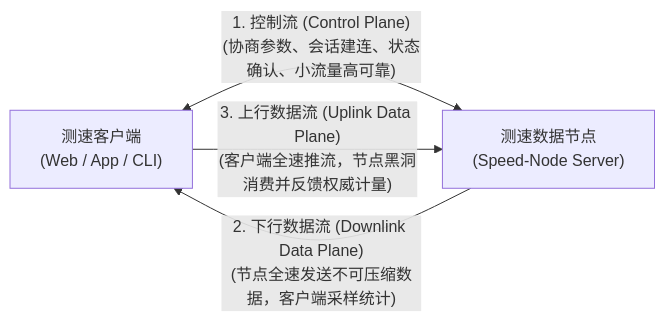
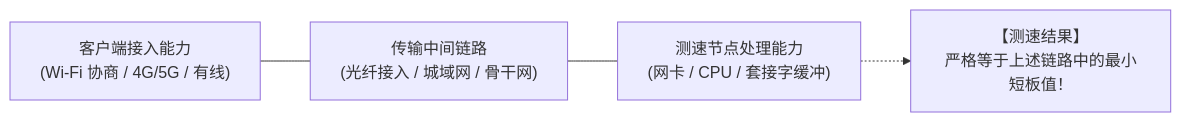
The second of 8 diagrams in content/posts/speedtest-go-deep-dive-whitepaper.md (MoreConsequence/MoreConsequence.github.io), drawn with Mermaid before and after one commit. The commit also changed other lines of this file, not shown here.

````diff
--- a/content/posts/speedtest-go-deep-dive-whitepaper.md
+++ b/content/posts/speedtest-go-deep-dive-whitepaper.md
@@ -34,7 +76,7 @@
 ```mermaid
 flowchart LR
-    Client["测速客户端<br/>(Web / App / CLI)"] <-->|"1. 控制流 (Control Plane)<br/>(协商参数、会话建连、状态确认、小流量高可靠)"| Node["测速数据节点<br/>(Speed-Node Server)"]
+    Client["客户端接入能力<br/>(Wi-Fi 协商 / 4G/5G / 有线)"] --- Path["传输中间链路<br/>(光纤接入 / 城域网 / 骨干网)"]
+    Path --- Node["测速节点处理能力<br/>(网卡 / CPU / 套接字缓冲)"]
     
-    Node -->|"2. 下行数据流 (Downlink Data Plane)<br/>(节点全速发送不可压缩数据，客户端采样统计)"| Client
-    Client -->|"3. 上行数据流 (Uplink Data Plane)<br/>(客户端全速推流，节点黑洞消费并反馈权威计量)"| Node
+    Node -.-> Bottleneck["【测速结果】<br/>严格等于上述链路中的最小短板值！"]
 ```
````
